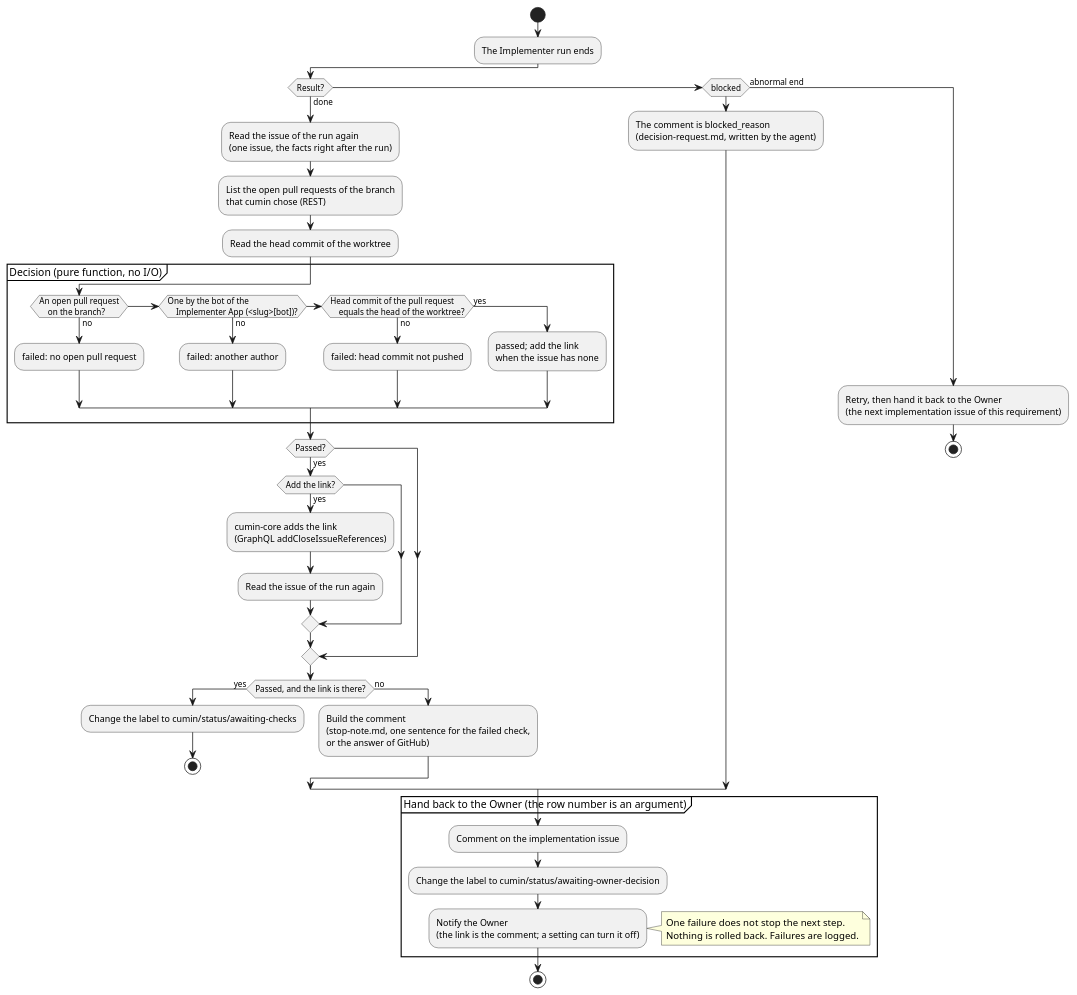
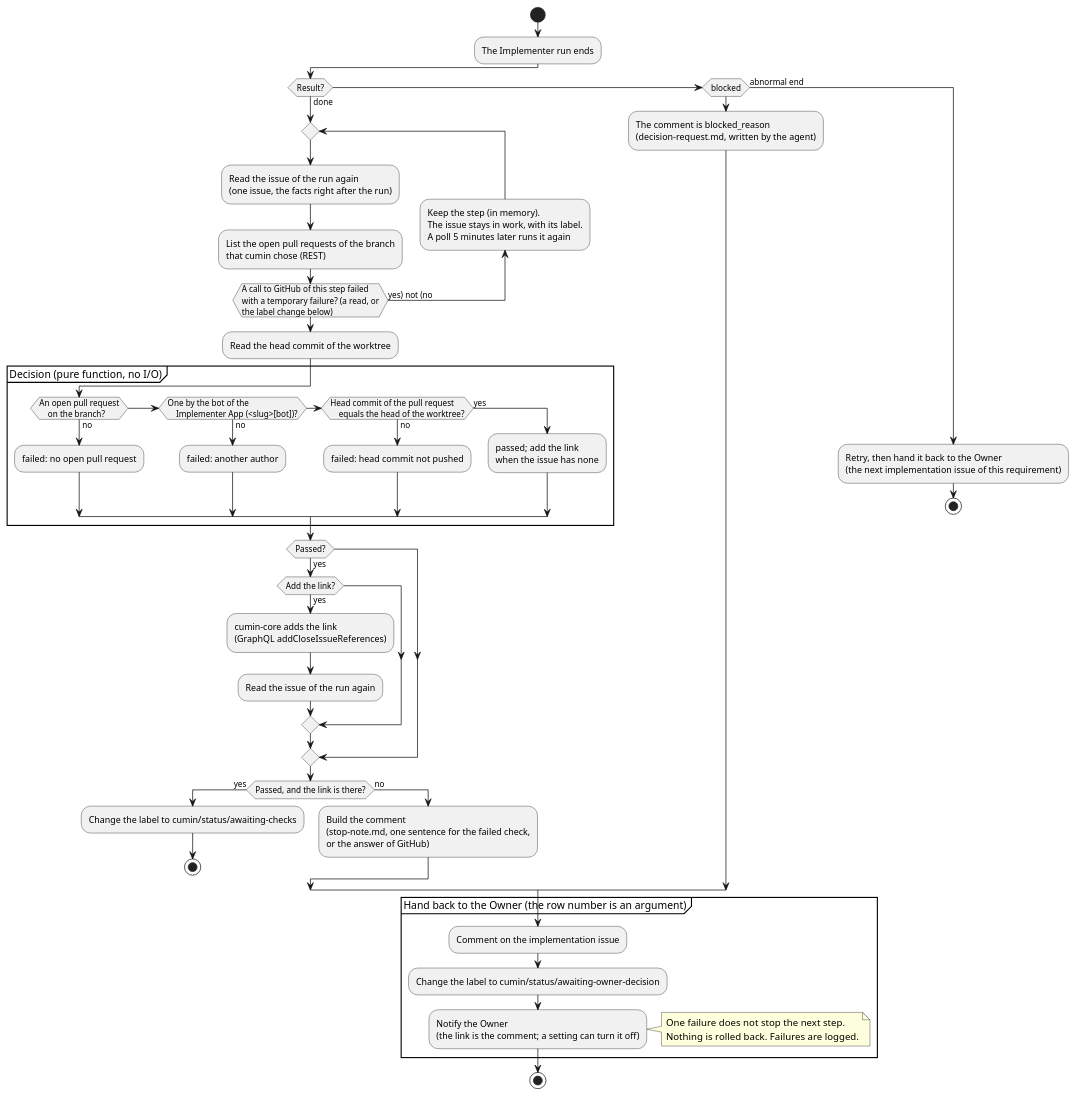
Before and after one commit to cloveclovedev/cumin-works: the diagram in docs/ja/designs/poll-verify.puml, drawn with PlantUML. The commit also changed 9 other files, not shown here.

First line of the commit message:
feat(workflow): keep verify done and run it again after a temporary failure (#470)

```diff
--- a/docs/ja/designs/poll-verify.puml
+++ b/docs/ja/designs/poll-verify.puml
@@ -1,66 +1,73 @@
 @startuml poll-verify
-' cumin works - the end of a run (I2): the checks after an Implementer run, and the way back to the Owner.
+' cumin works - the end of a run (I2): the checks after an Implementer run, the kept step after a temporary failure, and the way back to the Owner.
 ' Document: poll.md, sections on the end of a run and the way back to the Owner.
 ' Render: run scripts/render-diagrams.sh at the root of the repository.
 skinparam shadowing false
 skinparam defaultFontName sans-serif
 
 start
 :The Implementer run ends;
 if (Result?) then (done)
-  :Read the issue of the run again
-  (one issue, the facts right after the run);
-  :List the open pull requests of the branch
-  that cumin chose (REST);
+  repeat
+    :Read the issue of the run again
+    (one issue, the facts right after the run);
+    :List the open pull requests of the branch
+    that cumin chose (REST);
+    backward :Keep the step (in memory).
+    The issue stays in work, with its label.
+    A poll 5 minutes later runs it again;
+  repeat while (A call to GitHub of this step failed
+  with a temporary failure? (a read, or
+  the label change below)) is (yes) not (no)
   :Read the head commit of the worktree;
   partition "Decision (pure function, no I/O)" {
     if (An open pull request
     on the branch?) then (no)
       :failed: no open pull request;
     elseif (One by the bot of the
     Implementer App (<slug>[bot])?) then (no)
       :failed: another author;
     elseif (Head commit of the pull request
     equals the head of the worktree?) then (no)
       :failed: head commit not pushed;
     else (yes)
       :passed; add the link
       when the issue has none;
     endif
   }
   if (Passed?) then (yes)
     if (Add the link?) then (yes)
       :cumin-core adds the link
       (GraphQL addCloseIssueReferences);
       :Read the issue of the run again;
     endif
   endif
   if (Passed, and the link is there?) then (yes)
     :Change the label to cumin/status/awaiting-checks;
     stop
   else (no)
     :Build the comment
     (stop-note.md, one sentence for the failed check,
     or the answer of GitHub);
   endif
 elseif (blocked) then
   :The comment is blocked_reason
   (decision-request.md, written by the agent);
 else (abnormal end)
   :Retry, then hand it back to the Owner
   (the next implementation issue of this requirement);
   stop
 endif
 
 partition "Hand back to the Owner (the row number is an argument)" {
   :Comment on the implementation issue;
   :Change the label to cumin/status/awaiting-owner-decision;
   :Notify the Owner
   (the link is the comment; a setting can turn it off);
 }
 note right
   One failure does not stop the next step.
   Nothing is rolled back. Failures are logged.
 end note
 stop
 @enduml
```
